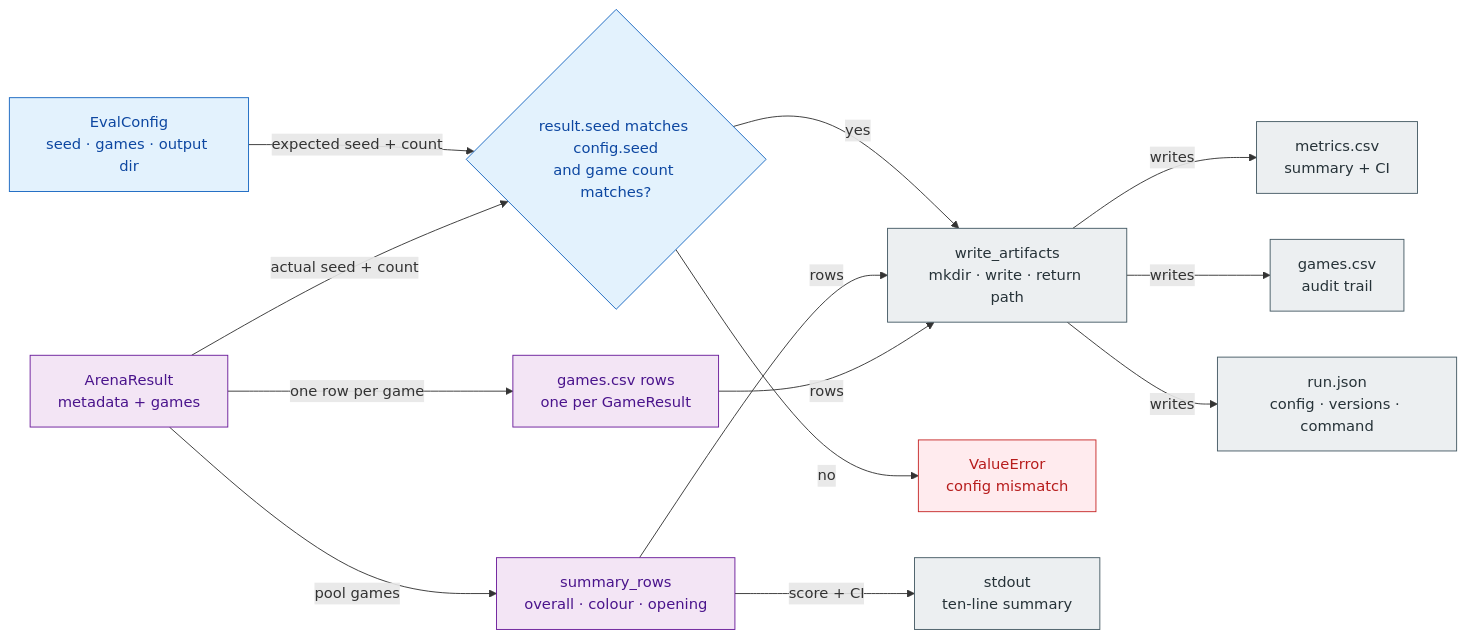
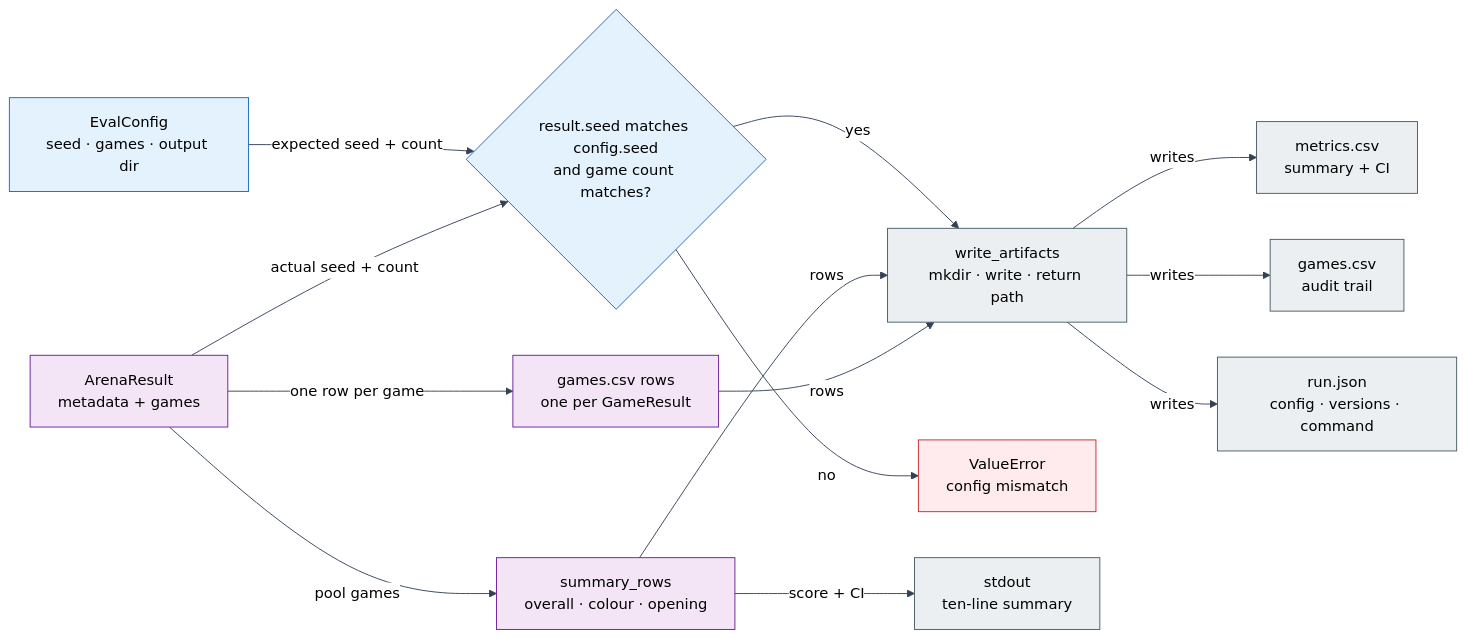
The fifth of 5 diagrams in docs/specs/0004-evaluation-arena.md (till75/RLCheckers), drawn with Mermaid before and after one commit. The commit also changed other lines of this file and 4 other files, not shown here.

First line of the commit message:
docs: force black Mermaid labels across figures

````diff
--- a/docs/specs/0004-evaluation-arena.md
+++ b/docs/specs/0004-evaluation-arena.md
@@ -710,25 +722,26 @@
 ```mermaid
+%%{init: {"theme": "base", "themeVariables": {"darkMode": false, "primaryTextColor": "#000000", "secondaryTextColor": "#000000", "tertiaryTextColor": "#000000", "textColor": "#000000", "lineColor": "#334155", "edgeLabelBackground": "#ffffff", "clusterBkg": "#f8fafc", "clusterBorder": "#94a3b8"}}}%%
 flowchart LR
-  R["ArenaResult<br/>metadata + games"] -->|"pool games"| S["summary_rows<br/>overall · colour · opening"]
-  R -->|"one row per game"| G["games.csv rows<br/>one per GameResult"]
-  C["EvalConfig<br/>seed · games · output dir"] -->|"expected seed + count"| V{"result.seed matches config.seed<br/>and game count matches?"}
-  R -->|"actual seed + count"| V
-  V -->|"yes"| W["write_artifacts<br/>mkdir · write · return path"]
-  V -->|"no"| E["ValueError<br/>config mismatch"]
-  S -->|"rows"| W
-  G -->|"rows"| W
-  W -->|"writes"| M["metrics.csv<br/>summary + CI"]
-  W -->|"writes"| GF["games.csv<br/>audit trail"]
-  W -->|"writes"| J["run.json<br/>config · versions · command"]
-  S -->|"score + CI"| O["stdout<br/>ten-line summary"]
+  R["<span style='color:#000000'>ArenaResult<br/>metadata + games</span>"] -->|"<span style='background-color:#ffffff'><span style='color:#000000'>pool games</span></span>"| S["<span style='color:#000000'>summary_rows<br/>overall · colour · opening</span>"]
+  R -->|"<span style='background-color:#ffffff'><span style='color:#000000'>one row per game</span></span>"| G["<span style='color:#000000'>games.csv rows<br/>one per GameResult</span>"]
+  C["<span style='color:#000000'>EvalConfig<br/>seed · games · output dir</span>"] -->|"<span style='background-color:#ffffff'><span style='color:#000000'>expected seed + count</span></span>"| V{"<span style='color:#000000'>result.seed matches config.seed<br/>and game count matches?</span>"}
+  R -->|"<span style='background-color:#ffffff'><span style='color:#000000'>actual seed + count</span></span>"| V
+  V -->|"<span style='background-color:#ffffff'><span style='color:#000000'>yes</span></span>"| W["<span style='color:#000000'>write_artifacts<br/>mkdir · write · return path</span>"]
+  V -->|"<span style='background-color:#ffffff'><span style='color:#000000'>no</span></span>"| E["<span style='color:#000000'>ValueError<br/>config mismatch</span>"]
+  S -->|"<span style='background-color:#ffffff'><span style='color:#000000'>rows</span></span>"| W
+  G -->|"<span style='background-color:#ffffff'><span style='color:#000000'>rows</span></span>"| W
+  W -->|"<span style='background-color:#ffffff'><span style='color:#000000'>writes</span></span>"| M["<span style='color:#000000'>metrics.csv<br/>summary + CI</span>"]
+  W -->|"<span style='background-color:#ffffff'><span style='color:#000000'>writes</span></span>"| GF["<span style='color:#000000'>games.csv<br/>audit trail</span>"]
+  W -->|"<span style='background-color:#ffffff'><span style='color:#000000'>writes</span></span>"| J["<span style='color:#000000'>run.json<br/>config · versions · command</span>"]
+  S -->|"<span style='background-color:#ffffff'><span style='color:#000000'>score + CI</span></span>"| O["<span style='color:#000000'>stdout<br/>ten-line summary</span>"]
 
-  classDef result fill:#f3e5f5,stroke:#6a1b9a,color:#4a148c
-  classDef config fill:#e3f2fd,stroke:#1565c0,color:#0d47a1
-  classDef output fill:#eceff1,stroke:#455a64,color:#263238
-  classDef fail fill:#ffebee,stroke:#c62828,color:#b71c1c
+  classDef result fill:#f3e5f5,stroke:#6a1b9a,color:#000000
+  classDef config fill:#e3f2fd,stroke:#1565c0,color:#000000
+  classDef output fill:#eceff1,stroke:#455a64,color:#000000
+  classDef fail fill:#ffebee,stroke:#c62828,color:#000000
 
   class R,S,G result
   class C,V config
   class W,M,GF,J,O output
   class E fail
 ```
````
